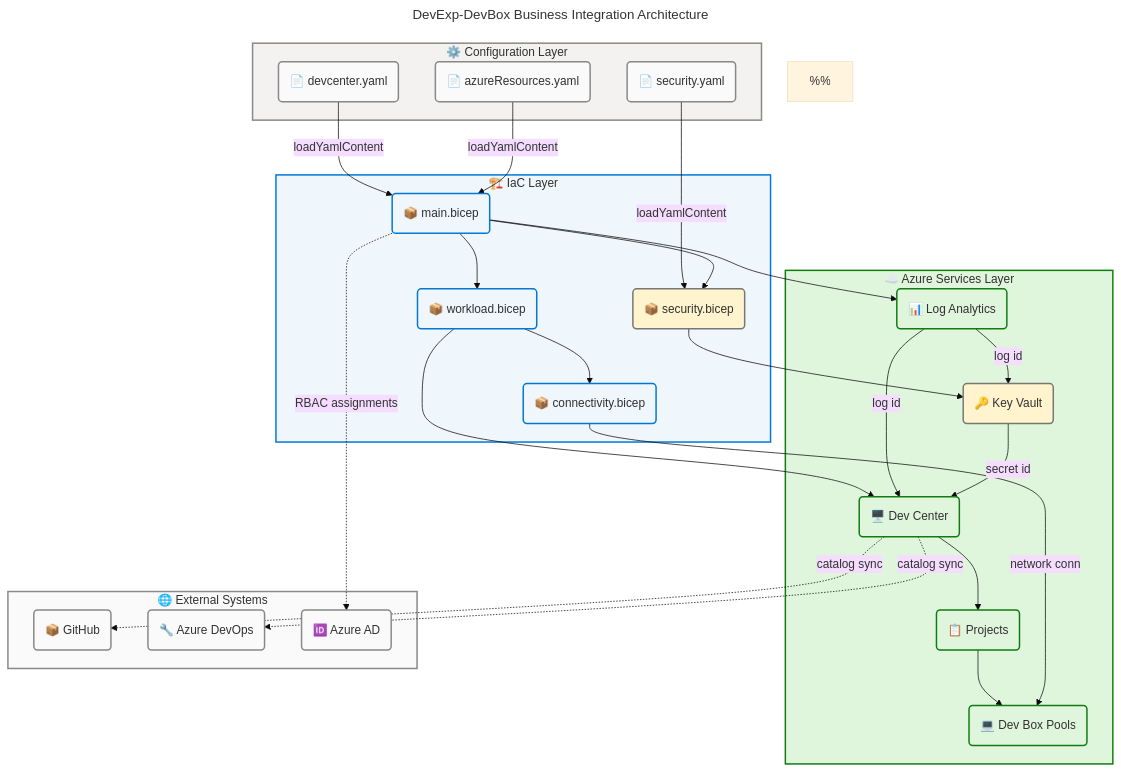
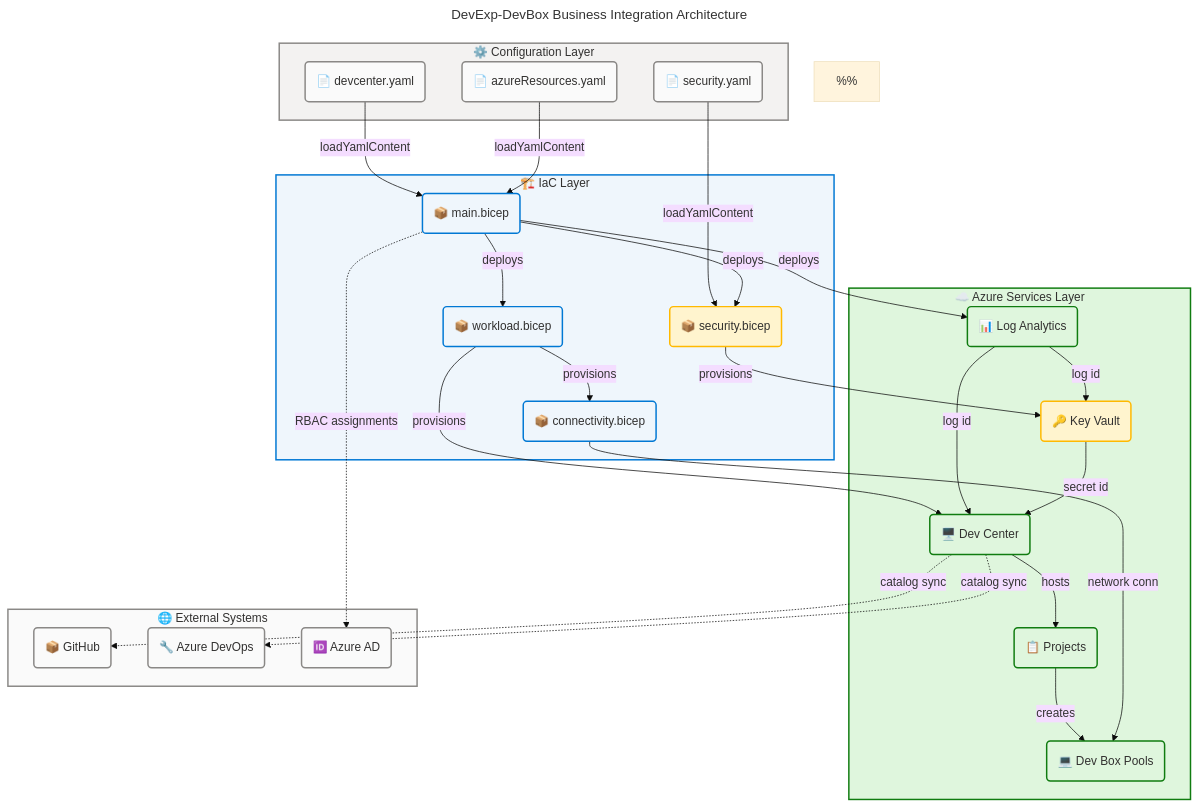
The fifth of 5 diagrams in docs/architecture/bus-arch.md (Evilazaro/DevExp-DevBox), drawn with Mermaid before and after one commit. The commit also changed other lines of this file and 3 other files, not shown here.

First line of the commit message:
Enhance architecture documentation with detailed descriptions and WCAG compliance

```diff
--- a/docs/architecture/bus-arch.md
+++ b/docs/architecture/bus-arch.md
@@ -932,7 +940,7 @@
 ---
 flowchart TB
     accTitle: DevExp-DevBox Business Integration Architecture
-    accDescr: Integration architecture showing three-tier dependency flow. Configuration layer (YAML files) feeds IaC layer (Bicep modules) which provisions Azure services layer. External integrations include GitHub and Azure DevOps for catalog sync and Azure AD for identity.
+    accDescr: Integration architecture showing three-tier dependency flow. Configuration layer (YAML files) feeds IaC layer (Bicep modules) which provisions Azure services layer. External integrations include GitHub and Azure DevOps for catalog sync and Azure AD for identity. Nodes: DC_Y=neutral, AZ_Y=neutral, SEC_Y=neutral, MAIN=core, WL=core, SEC_B=warning, CONN=core, LA=success, KV=warning, DC=success, PROJ=success, POOLS=success, GH=neutral, ADO=neutral, AAD=neutral. WCAG AA compliant.
 
     %%
     %% AZURE / FLUENT ARCHITECTURE PATTERN v2.0
@@ -976,14 +984,14 @@
     AZ_Y -->|loadYamlContent| MAIN
     SEC_Y -->|loadYamlContent| SEC_B
 
-    MAIN --> LA
-    MAIN --> SEC_B
-    MAIN --> WL
-    SEC_B --> KV
-    WL --> DC
-    WL --> CONN
-    DC --> PROJ
-    PROJ --> POOLS
+    MAIN -->|deploys| LA
+    MAIN -->|deploys| SEC_B
+    MAIN -->|deploys| WL
+    SEC_B -->|provisions| KV
+    WL -->|provisions| DC
+    WL -->|provisions| CONN
+    DC -->|hosts| PROJ
+    PROJ -->|creates| POOLS
 
     LA -->|log id| KV
     LA -->|log id| DC
@@ -997,7 +1005,7 @@
     classDef core fill:#EFF6FC,stroke:#0078D4,stroke-width:2px,color:#323130
     classDef success fill:#DFF6DD,stroke:#107C10,stroke-width:2px,color:#323130
     classDef neutral fill:#FAFAFA,stroke:#8A8886,stroke-width:2px,color:#323130
-    classDef warning fill:#FFF4CE,stroke:#797673,stroke-width:2px,color:#323130
+    classDef warning fill:#FFF4CE,stroke:#FFB900,stroke-width:2px,color:#323130
 
     style config_layer fill:#F3F2F1,stroke:#8A8886,stroke-width:2px,color:#323130
     style iac_layer fill:#EFF6FC,stroke:#0078D4,stroke-width:2px,color:#323130
```
